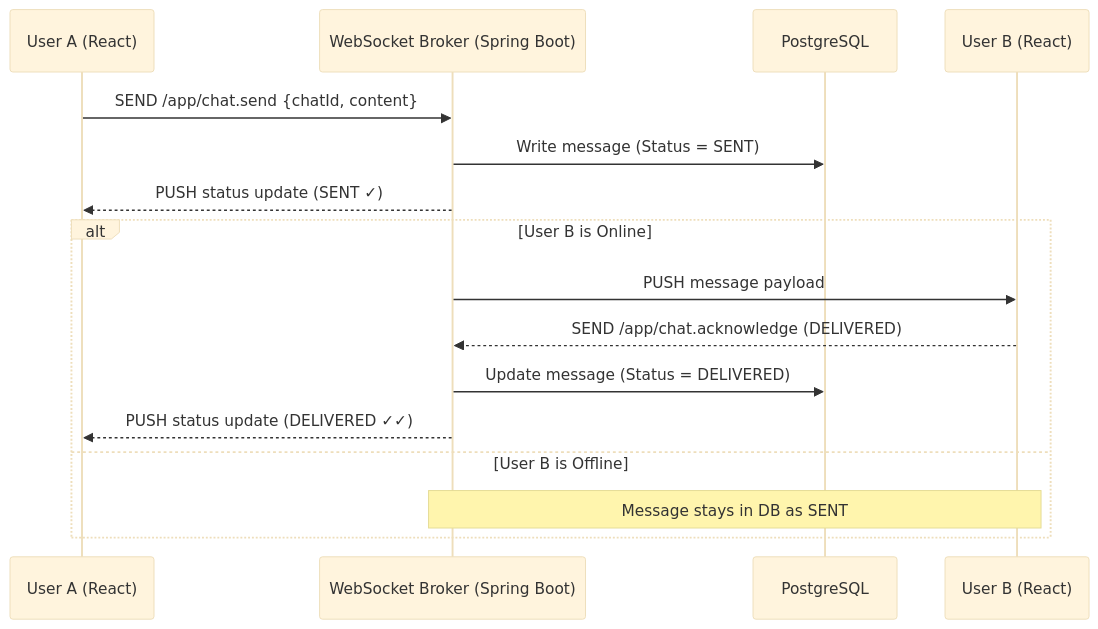
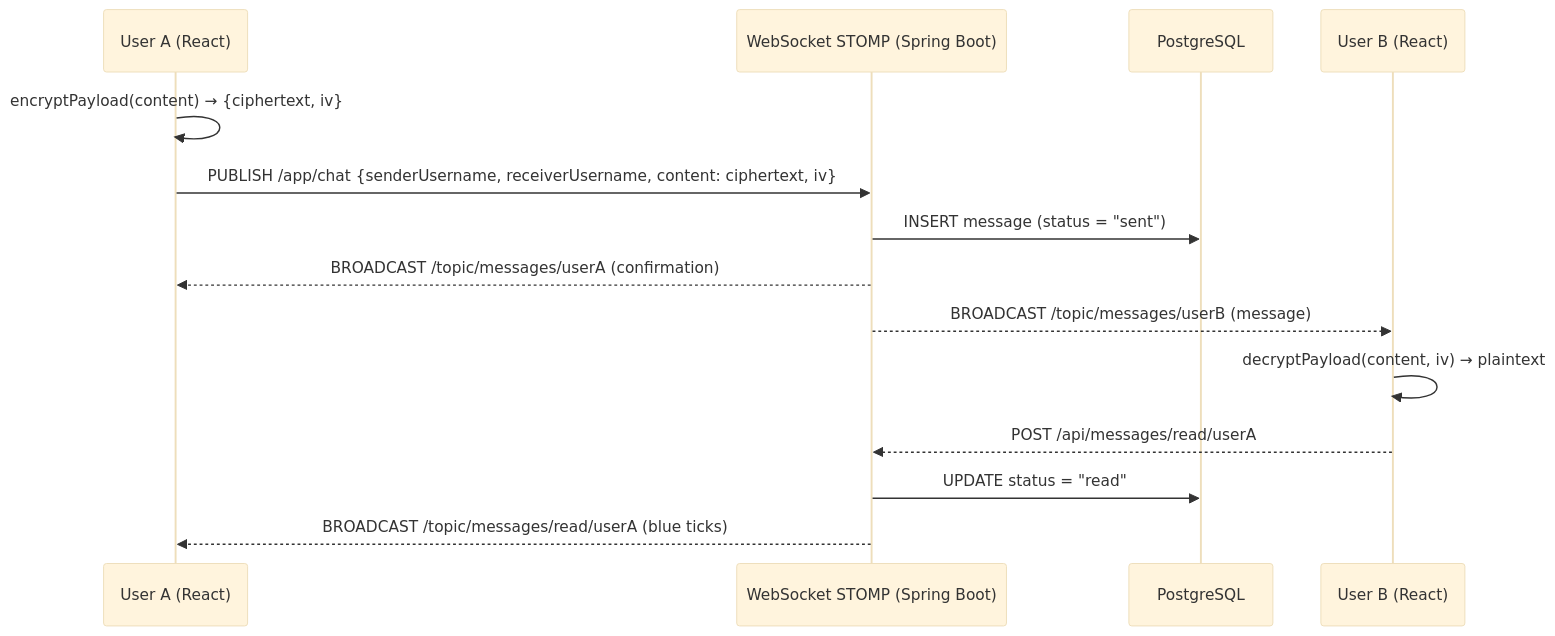
One commit to neeteshdixit/Internship-project changed the diagram in realtime-chat-app/functional_specifications.md. Above: the diagram before and after it, drawn with Mermaid (base theme). The commit also changed other lines of this file and 3 other files, not shown here.

````diff
--- a/realtime-chat-app/functional_specifications.md
+++ b/realtime-chat-app/functional_specifications.md
@@ -61,20 +75,17 @@
 ```mermaid
 sequenceDiagram
     participant UserA as User A (React)
-    participant WS as WebSocket Broker (Spring Boot)
+    participant WS as WebSocket STOMP (Spring Boot)
     participant DB as PostgreSQL
     participant UserB as User B (React)
 
-    UserA->>WS: SEND /app/chat.send {chatId, content}
-    WS->>DB: Write message (Status = SENT)
-    WS-->>UserA: PUSH status update (SENT ✓)
-    
-    alt User B is Online
-        WS->>UserB: PUSH message payload
-        UserB-->>WS: SEND /app/chat.acknowledge (DELIVERED)
-        WS->>DB: Update message (Status = DELIVERED)
-        WS-->>UserA: PUSH status update (DELIVERED ✓✓)
-    else User B is Offline
-        Note over WS,UserB: Message stays in DB as SENT
-    end
+    UserA->>UserA: encryptPayload(content) → {ciphertext, iv}
+    UserA->>WS: PUBLISH /app/chat {senderUsername, receiverUsername, content: ciphertext, iv}
+    WS->>DB: INSERT message (status = "sent")
+    WS-->>UserA: BROADCAST /topic/messages/userA (confirmation)
+    WS-->>UserB: BROADCAST /topic/messages/userB (message)
+    UserB->>UserB: decryptPayload(content, iv) → plaintext
+    UserB-->>WS: POST /api/messages/read/userA
+    WS->>DB: UPDATE status = "read"
+    WS-->>UserA: BROADCAST /topic/messages/read/userA (blue ticks)
 ```
````
